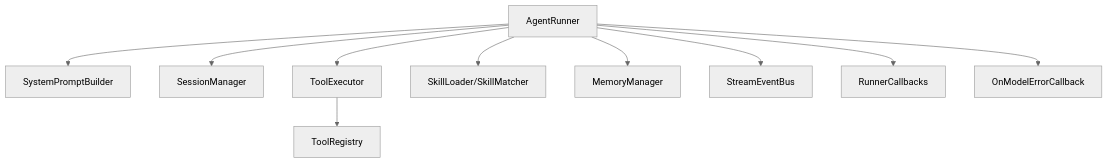
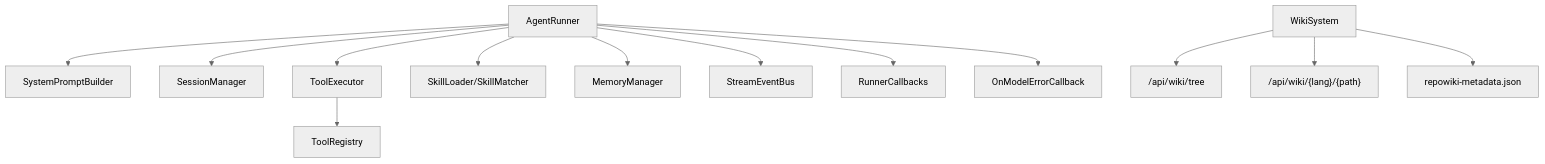
Before and after one commit to YU-JI-KUI/ark-agentic: the tenth of 10 diagrams in repowiki/zh/content/核心框架/核心框架.md, drawn with Mermaid (neutral theme). The commit also changed other lines of this file and 10 other files, not shown here.

````diff
--- a/repowiki/zh/content/核心框架/核心框架.md
+++ b/repowiki/zh/content/核心框架/核心框架.md
@@ -414,12 +516,15 @@
 ```mermaid
 graph TB
 Runner["AgentRunner"] --> Prompt["SystemPromptBuilder"]
 Runner --> Session["SessionManager"]
 Runner --> Tools["ToolExecutor"]
 Tools --> Registry["ToolRegistry"]
 Runner --> Skills["SkillLoader/SkillMatcher"]
 Runner --> Memory["MemoryManager"]
 Runner --> Events["StreamEventBus"]
 Runner --> Callbacks["RunnerCallbacks"]
 Runner --> ErrorHook["OnModelErrorCallback"]
+Wiki["WikiSystem"] --> TreeAPI["/api/wiki/tree"]
+Wiki --> PageAPI["/api/wiki/{lang}/{path}"]
+Wiki --> Metadata["repowiki-metadata.json"]
 ```
````
